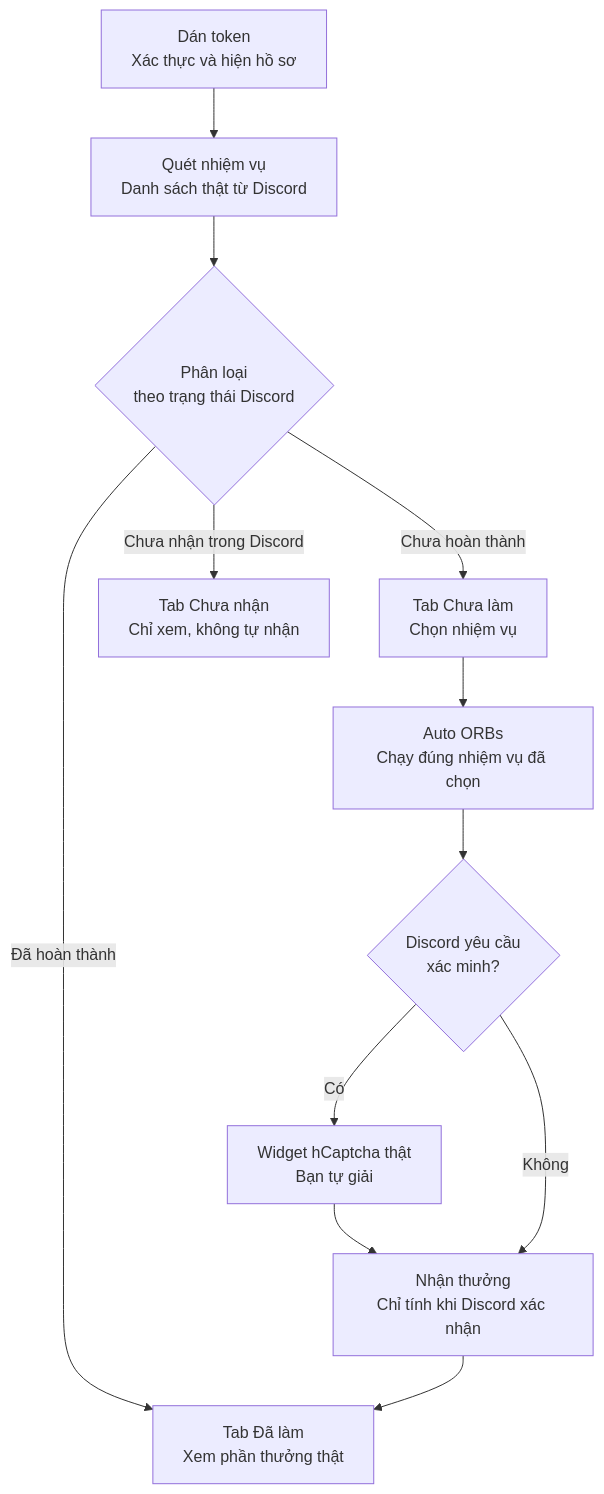
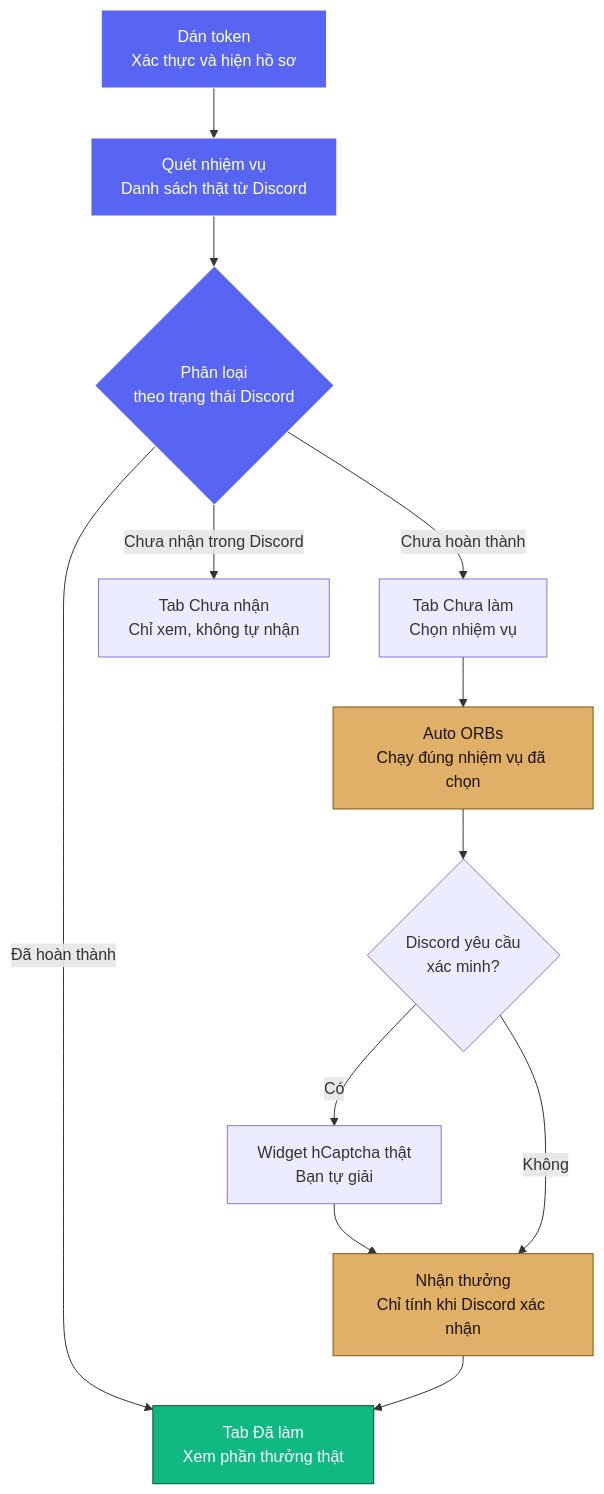
One commit to duyzoz/AUTO-QUEST changed the second of 3 diagrams in README.md. Above: the diagram before and after it, drawn with Mermaid. The commit also changed other lines of this file and 1 other file, not shown here.

Commit message:
README colorful: Orb logo header, badges, TOC, quick view

````diff
--- a/README.md
+++ b/README.md
@@ -87,14 +119,21 @@
 ```mermaid
 flowchart TD
     A["Dán token<br/>Xác thực và hiện hồ sơ"] --> B["Quét nhiệm vụ<br/>Danh sách thật từ Discord"]
     B --> C{"Phân loại<br/>theo trạng thái Discord"}
     C -->|"Đã hoàn thành"| D["Tab Đã làm<br/>Xem phần thưởng thật"]
     C -->|"Chưa hoàn thành"| E["Tab Chưa làm<br/>Chọn nhiệm vụ"]
     C -->|"Chưa nhận trong Discord"| F["Tab Chưa nhận<br/>Chỉ xem, không tự nhận"]
     E --> G["Auto ORBs<br/>Chạy đúng nhiệm vụ đã chọn"]
     G --> H{"Discord yêu cầu<br/>xác minh?"}
     H -->|"Có"| I["Widget hCaptcha thật<br/>Bạn tự giải"]
     I --> J["Nhận thưởng<br/>Chỉ tính khi Discord xác nhận"]
     H -->|"Không"| J
     J --> D
+
+    classDef discord fill:#5865F2,stroke:#ffffff,color:#ffffff
+    classDef orb fill:#e0af68,stroke:#7c5a10,color:#1a1200
+    classDef done fill:#10b981,stroke:#064e3b,color:#ffffff
+    class A,B,C discord
+    class G,J orb
+    class D done
 ```
````
